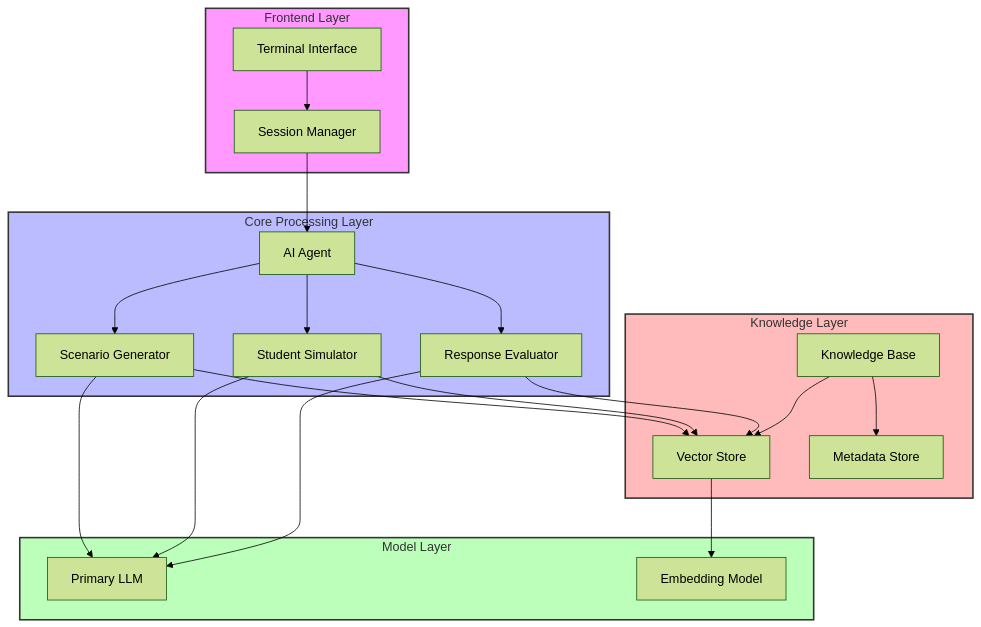
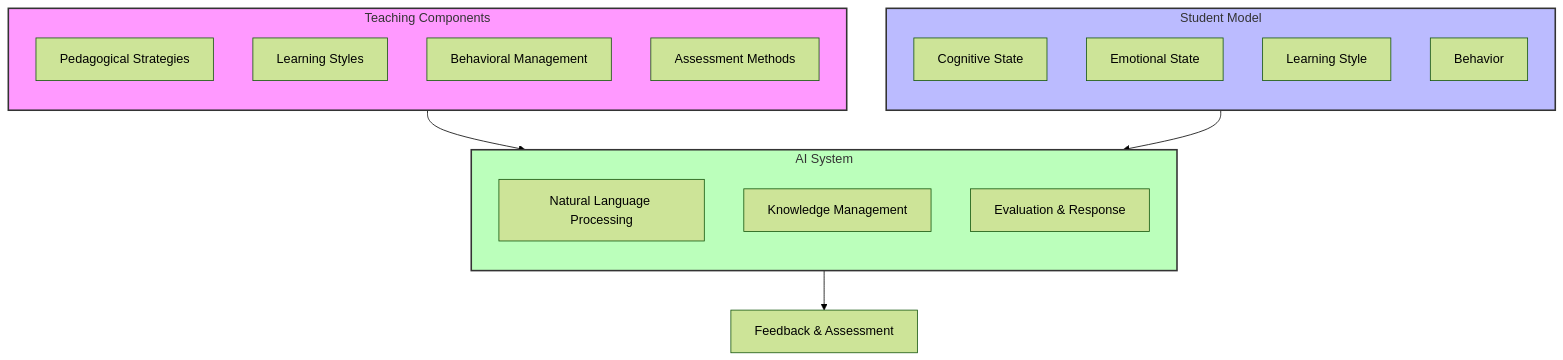
One commit to UVU-AI-Innovate/teacher-training-chatbot changed the first of 5 diagrams in README.md. Above: the diagram before and after it, drawn with Mermaid (forest theme). The commit also changed other lines of this file, not shown here.

````diff
--- a/README.md
+++ b/README.md
@@ -55,48 +7,33 @@
 ```mermaid
 graph TB
-    subgraph Frontend["Frontend Layer"]
-        UI[Terminal Interface]
-        Session[Session Manager]
+    subgraph Teaching["Teaching Components"]
+        direction TB
+        P[Pedagogical Strategies]
+        L[Learning Styles]
+        B[Behavioral Management]
+        A[Assessment Methods]
     end
 
-    subgraph Core["Core Processing Layer"]
-        Chat[AI Agent]
-        Eval[Response Evaluator]
-        Sim[Student Simulator]
-        Scen[Scenario Generator]
+    subgraph Student["Student Model"]
+        direction TB
+        C[Cognitive State]
+        E[Emotional State]
+        LS[Learning Style]
+        BH[Behavior]
     end
 
-    subgraph Models["Model Layer"]
-        LLM[Primary LLM]
-        Emb[Embedding Model]
+    subgraph AI["AI System"]
+        direction TB
+        NLP[Natural Language Processing]
+        KM[Knowledge Management]
+        ER[Evaluation & Response]
     end
 
-    subgraph Knowledge["Knowledge Layer"]
-        KB[Knowledge Base]
-        VS[Vector Store]
-        Meta[Metadata Store]
-    end
+    Teaching --> AI
+    Student --> AI
+    AI --> Feedback[Feedback & Assessment]
 
-    UI --> Session
-    Session --> Chat
-    Chat --> Eval
-    Chat --> Sim
-    Chat --> Scen
-    
-    Eval --> LLM
-    Sim --> LLM
-    Scen --> LLM
-    
-    KB --> VS
-    VS --> Emb
-    KB --> Meta
-    
-    Eval --> VS
-    Sim --> VS
-    Scen --> VS
-
-    style Frontend fill:#f9f,stroke:#333,stroke-width:2px
-    style Core fill:#bbf,stroke:#333,stroke-width:2px
-    style Models fill:#bfb,stroke:#333,stroke-width:2px
-    style Knowledge fill:#fbb,stroke:#333,stroke-width:2px
+    style Teaching fill:#f9f,stroke:#333,stroke-width:2px
+    style Student fill:#bbf,stroke:#333,stroke-width:2px
+    style AI fill:#bfb,stroke:#333,stroke-width:2px
 ```
````
